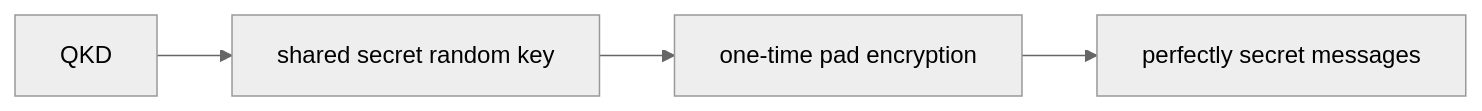
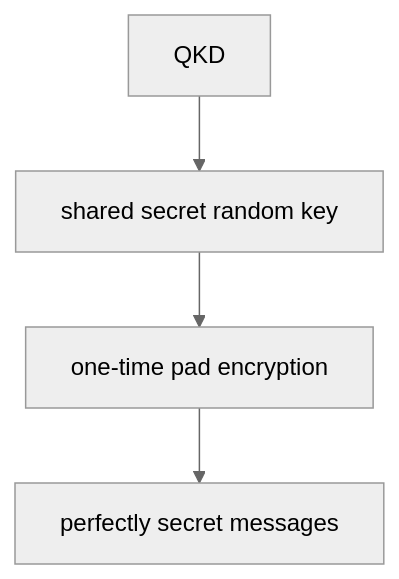
Before and after one commit to ArhamAkhtarAlam/mitxpro-my-notes: the first of 2 diagrams in Course 3/Week 2/QKD in practice/QKD in practice.md, drawn with Mermaid (neutral theme). The commit also changed 67 other files, not shown here.

Commit message:
updated mirmaid diagrams

````diff
--- a/Course 3/Week 2/QKD in practice/QKD in practice.md
+++ b/Course 3/Week 2/QKD in practice/QKD in practice.md
@@ -5,4 +5,4 @@
 ```mermaid
-flowchart LR
+flowchart TD
     Q["QKD"] --> K["shared secret random key"] --> OTP["one-time pad encryption"] --> S["perfectly secret messages"]
 ```
````
